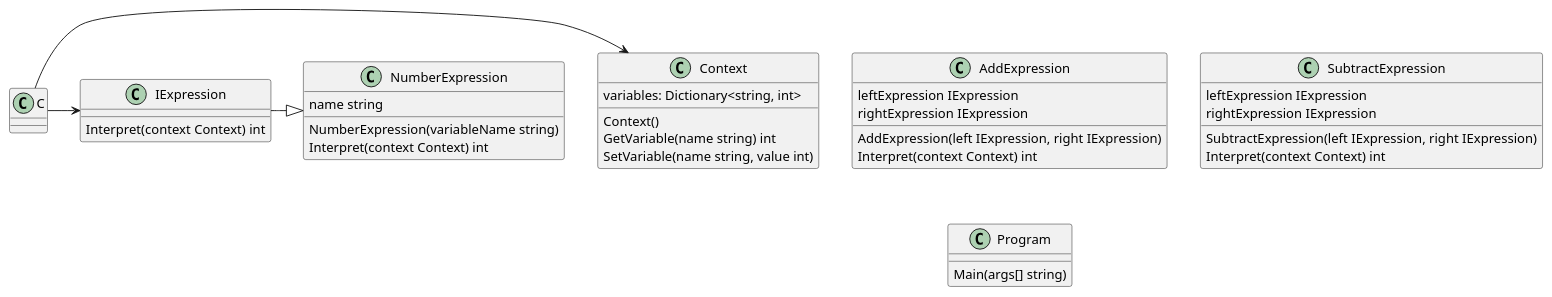
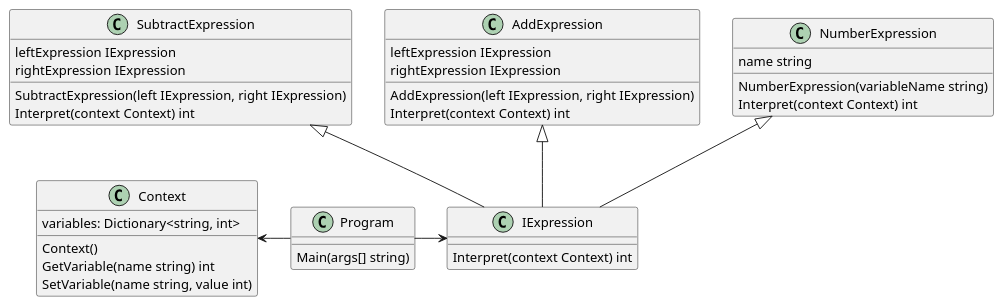
Before and after one commit to cuptain/Software-architecture-design: the diagram in Lab8_Interpreter/Diagrams/Class Diagram.puml, drawn with PlantUML. The commit also changed 1 other file, not shown here.

Commit message:
Updated class diagram for 8th lab

```diff
--- a/Lab8_Interpreter/Diagrams/Class Diagram.puml
+++ b/Lab8_Interpreter/Diagrams/Class Diagram.puml
@@ -1,49 +1,51 @@
 @startuml Class Diagram
 
-class "Context" as Con {
+class "Context" as C {
     variables: Dictionary<string, int>
     
     Context()
     GetVariable(name string) int
     SetVariable(name string, value int)
 }
 
 class "IExpression" as I  {
     Interpret(context Context) int
 }
 
 class "NumberExpression" as N {
     name string
     
     NumberExpression(variableName string)
     Interpret(context Context) int
 }
 
 class "AddExpression" as Add {
     leftExpression IExpression
     rightExpression IExpression
     
     AddExpression(left IExpression, right IExpression)
     Interpret(context Context) int
 }
 
 class "SubtractExpression" as Sub {
     leftExpression IExpression
     rightExpression IExpression
     
     SubtractExpression(left IExpression, right IExpression)
     Interpret(context Context) int
 }
 
 class "Program" as P {
  
     Main(args[] string)
 }
 
 
-C -> Con
-C -> I
-I -|> N
+P -left-> C
+P -> I
+I -up-|> N
+I -up-|> Add
+I -up-|> Sub
 
 
 @enduml
```
